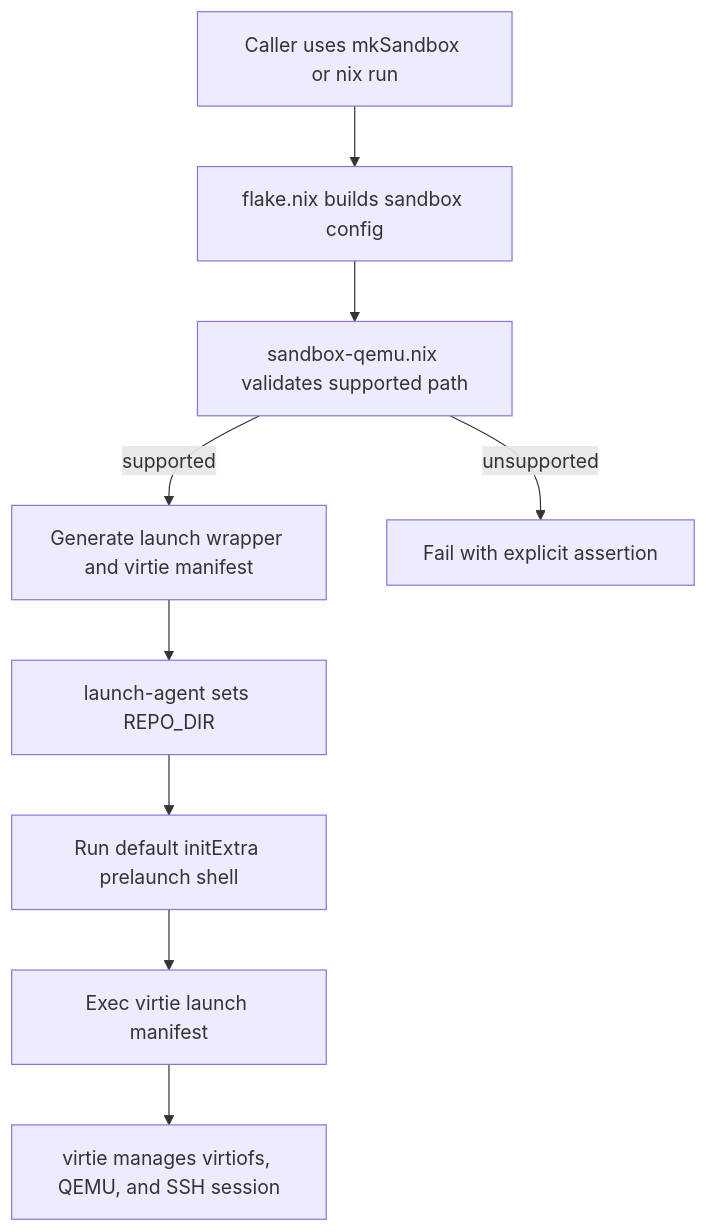
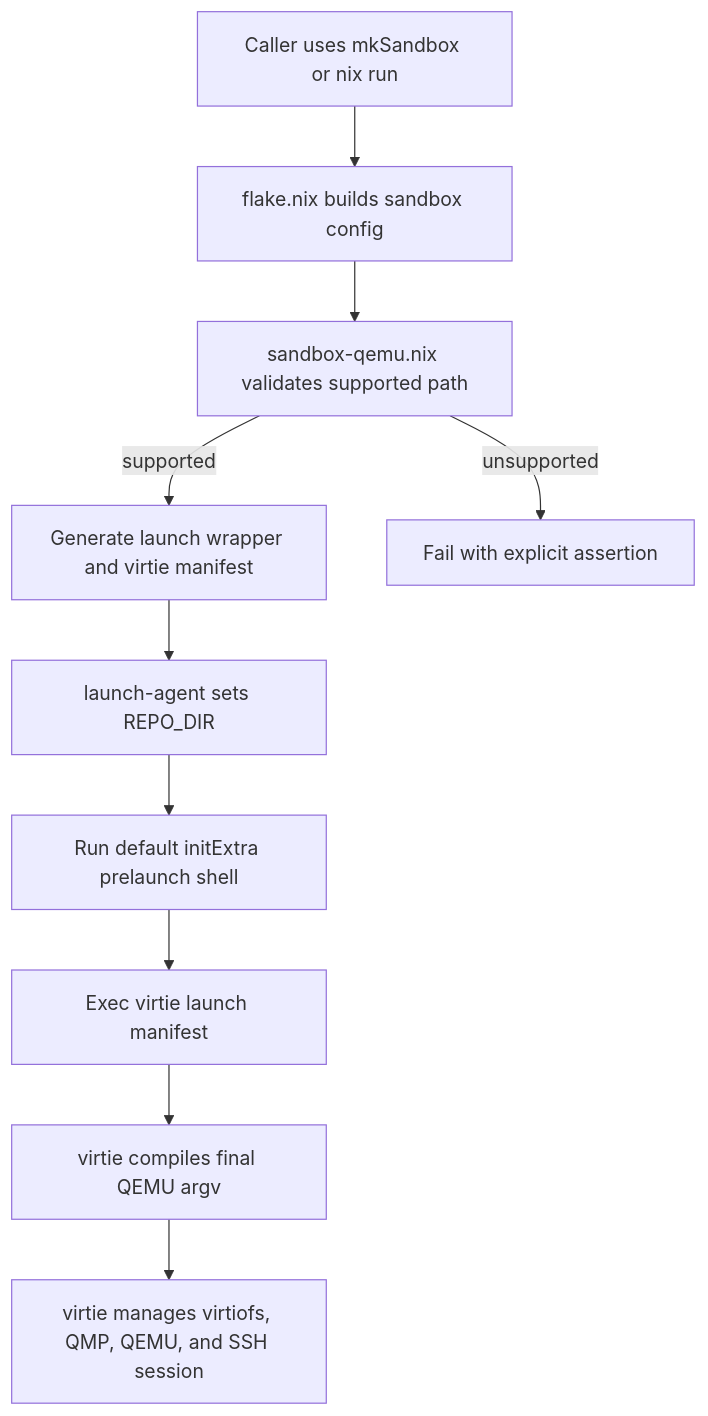
The diagram in .specs/agentspace.md (shazow/agentspace), drawn with Mermaid before and after one commit. The commit also changed other lines of this file and 14 other files, not shown here.

Commit message:
Move QEMU policy into virtie and bound QMP shutdown

````diff
--- a/.specs/agentspace.md
+++ b/.specs/agentspace.md
@@ -55,11 +62,12 @@
 ```mermaid
 flowchart TD
   A[Caller uses mkSandbox or nix run] --> B[flake.nix builds sandbox config]
   B --> C[sandbox-qemu.nix validates supported path]
   C -->|supported| D[Generate launch wrapper and virtie manifest]
   C -->|unsupported| E[Fail with explicit assertion]
   D --> F[launch-agent sets REPO_DIR]
   F --> G[Run default initExtra prelaunch shell]
   G --> H[Exec virtie launch manifest]
-  H --> I[virtie manages virtiofs, QEMU, and SSH session]
+  H --> I[virtie compiles final QEMU argv]
+  I --> J[virtie manages virtiofs, QMP, QEMU, and SSH session]
 ```
````
